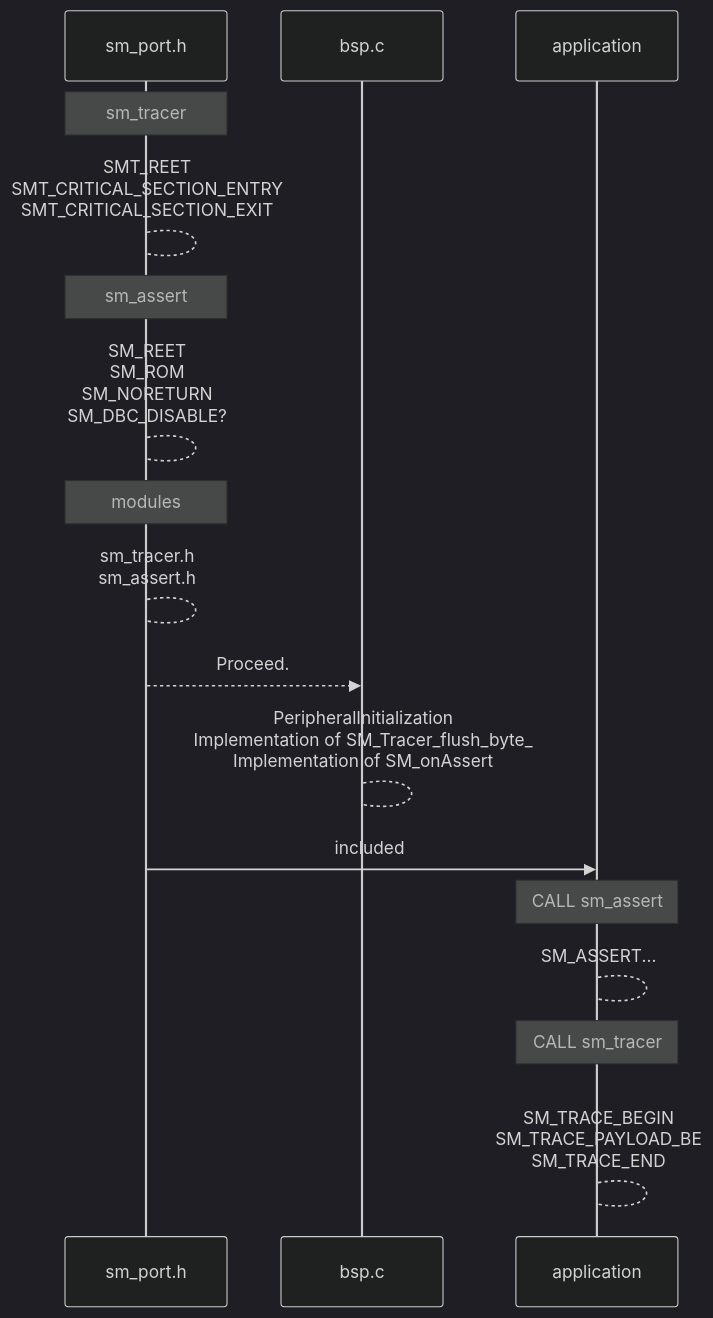
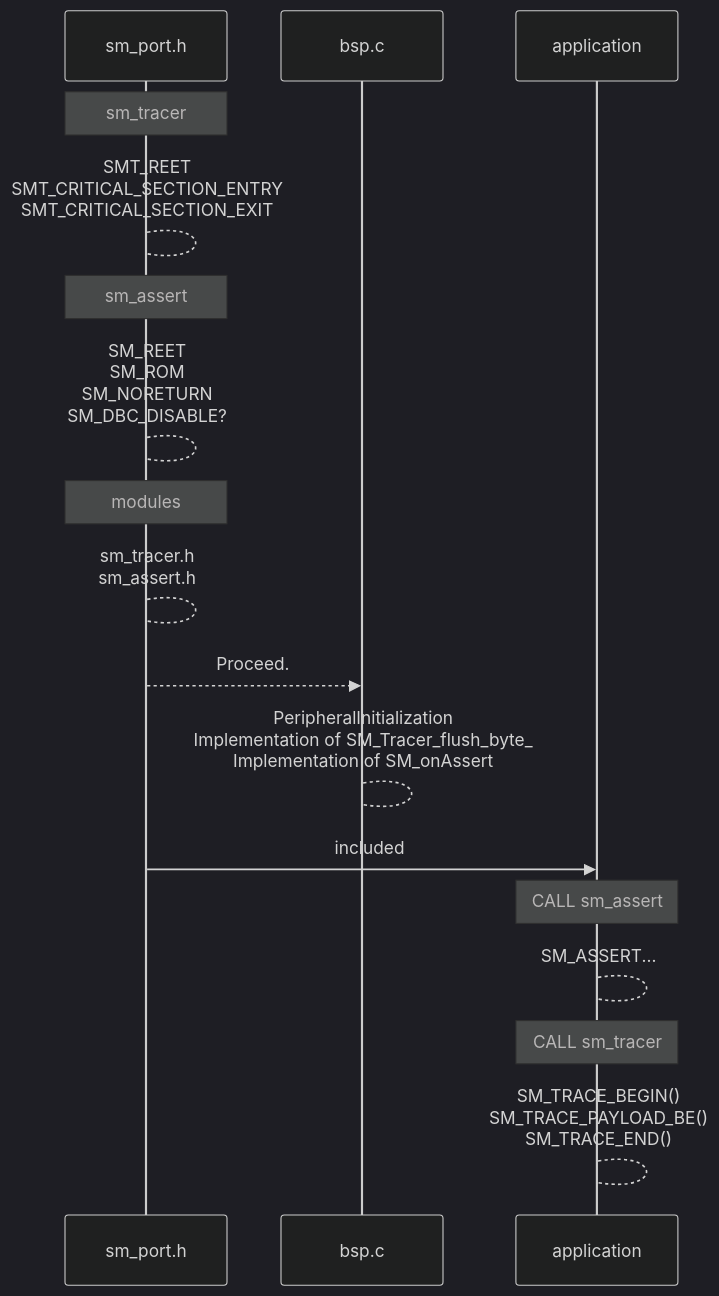
One commit to Mengrendufu/sm_hsm changed the diagram in README.md. Above: the diagram before and after it, drawn with Mermaid (dark theme).

````diff
--- a/README.md
+++ b/README.md
@@ -2,24 +2,24 @@
 ```mermaid
 sequenceDiagram
   participant PORT as sm_port.h
   participant BSP as bsp.c
   participant APP as application
 
   note over PORT: sm_tracer
   PORT --> PORT: SMT_REET<br/>SMT_CRITICAL_SECTION_ENTRY<br/>SMT_CRITICAL_SECTION_EXIT
 
   note over PORT: sm_assert
   PORT --> PORT: SM_REET<br/>SM_ROM<br/>SM_NORETURN<br/>SM_DBC_DISABLE?
 
   note over PORT: modules
   PORT --> PORT: sm_tracer.h<br/>sm_assert.h
 
   PORT -->> BSP: Proceed.
   BSP --> BSP: PeripheralInitialization<br/>Implementation of SM_Tracer_flush_byte_<br/>Implementation of SM_onAssert
 
   PORT ->> APP: included
   note over APP: CALL sm_assert
   APP --> APP: SM_ASSERT...
   note over APP: CALL sm_tracer
-  APP --> APP: <br/>SM_TRACE_BEGIN<br/>SM_TRACE_PAYLOAD_BE<br/>SM_TRACE_END
+  APP --> APP: SM_TRACE_BEGIN()<br/>SM_TRACE_PAYLOAD_BE()<br/>SM_TRACE_END()
 ```
````
